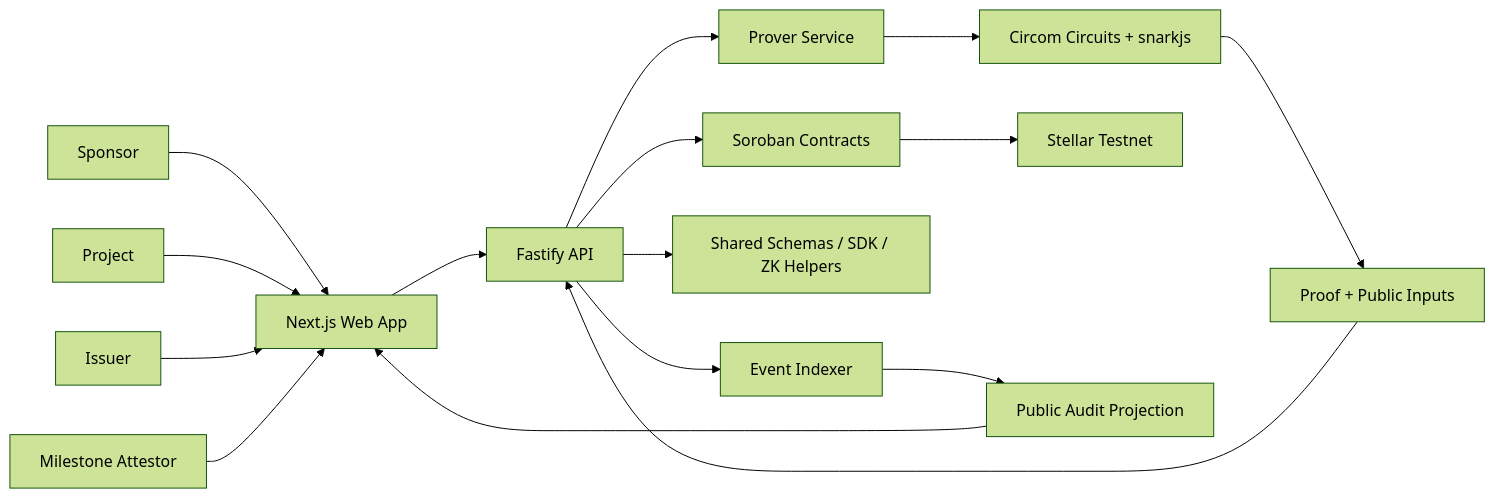
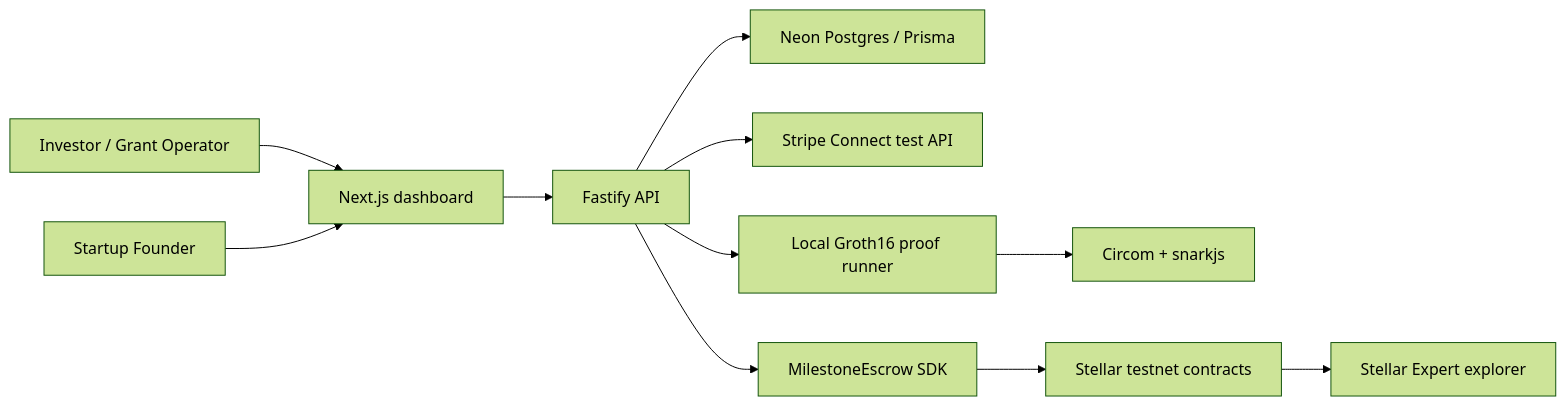
One commit to foundermafstat/pact changed the diagram in README.md. Above: the diagram before and after it, drawn with Mermaid (forest theme). The commit also changed other lines of this file and 68 other files, not shown here.

````diff
--- a/README.md
+++ b/README.md
@@ -133,21 +172,13 @@
 ```mermaid
 flowchart LR
-  Sponsor["Sponsor"] --> Web["Next.js Web App"]
-  Project["Project"] --> Web
-  Issuer["Issuer"] --> Web
-  Attestor["Milestone Attestor"] --> Web
-
+  Investor["Investor / Grant Operator"] --> Web["Next.js dashboard"]
+  Founder["Startup Founder"] --> Web
   Web --> API["Fastify API"]
-  API --> Prover["Prover Service"]
-  API --> Indexer["Event Indexer"]
-  API --> Shared["Shared Schemas / SDK / ZK Helpers"]
-
-  Prover --> Circuits["Circom Circuits + snarkjs"]
-  Circuits --> Proofs["Proof + Public Inputs"]
-  Proofs --> API
-
-  API --> Contracts["Soroban Contracts"]
-  Contracts --> Stellar["Stellar Testnet"]
-  Indexer --> Audit["Public Audit Projection"]
-  Audit --> Web
+  API --> DB["Neon Postgres / Prisma"]
+  API --> Stripe["Stripe Connect test API"]
+  API --> Prover["Local Groth16 proof runner"]
+  Prover --> Circuits["Circom + snarkjs"]
+  API --> Escrow["MilestoneEscrow SDK"]
+  Escrow --> Stellar["Stellar testnet contracts"]
+  Stellar --> Explorer["Stellar Expert explorer"]
 ```
````
